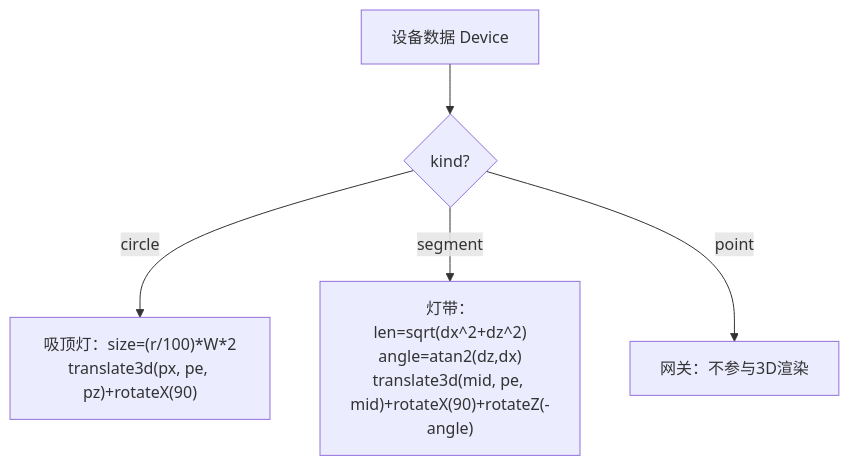
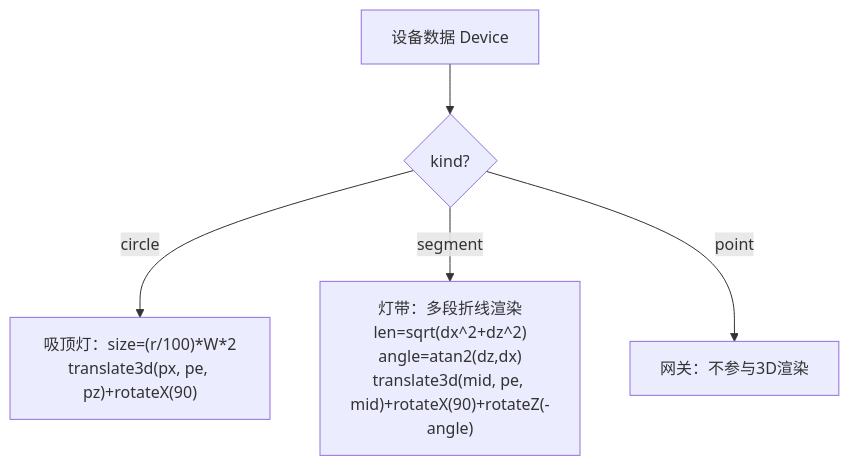
Before and after one commit to zh79325/opple-cloud-adapter: the fifth of 9 diagrams in .qoder/repowiki/zh/content/Web控制台/3D空间建模.md, drawn with Mermaid. The commit also changed other lines of this file and 28 other files, not shown here.

````diff
--- a/.qoder/repowiki/zh/content/Web控制台/3D空间建模.md
+++ b/.qoder/repowiki/zh/content/Web控制台/3D空间建模.md
@@ -187,7 +189,7 @@
 ```mermaid
 flowchart TD
 A["设备数据 Device"] --> K{"kind?"}
 K --> |circle| C["吸顶灯：size=(r/100)*W*2<br/>translate3d(px, pe, pz)+rotateX(90)"]
-K --> |segment| S["灯带：len=sqrt(dx^2+dz^2)<br/>angle=atan2(dz,dx)<br/>translate3d(mid, pe, mid)+rotateX(90)+rotateZ(-angle)"]
+K --> |segment| S["灯带：多段折线渲染<br/>len=sqrt(dx^2+dz^2)<br/>angle=atan2(dz,dx)<br/>translate3d(mid, pe, mid)+rotateX(90)+rotateZ(-angle)"]
 K --> |point| P["网关：不参与3D渲染"]
 ```
````
